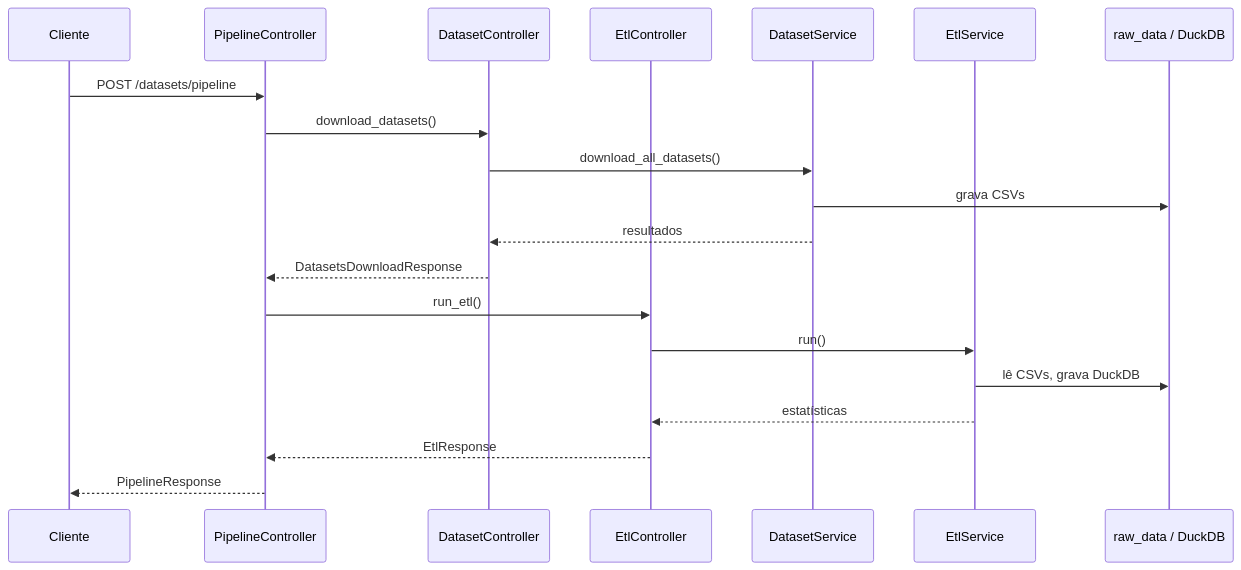
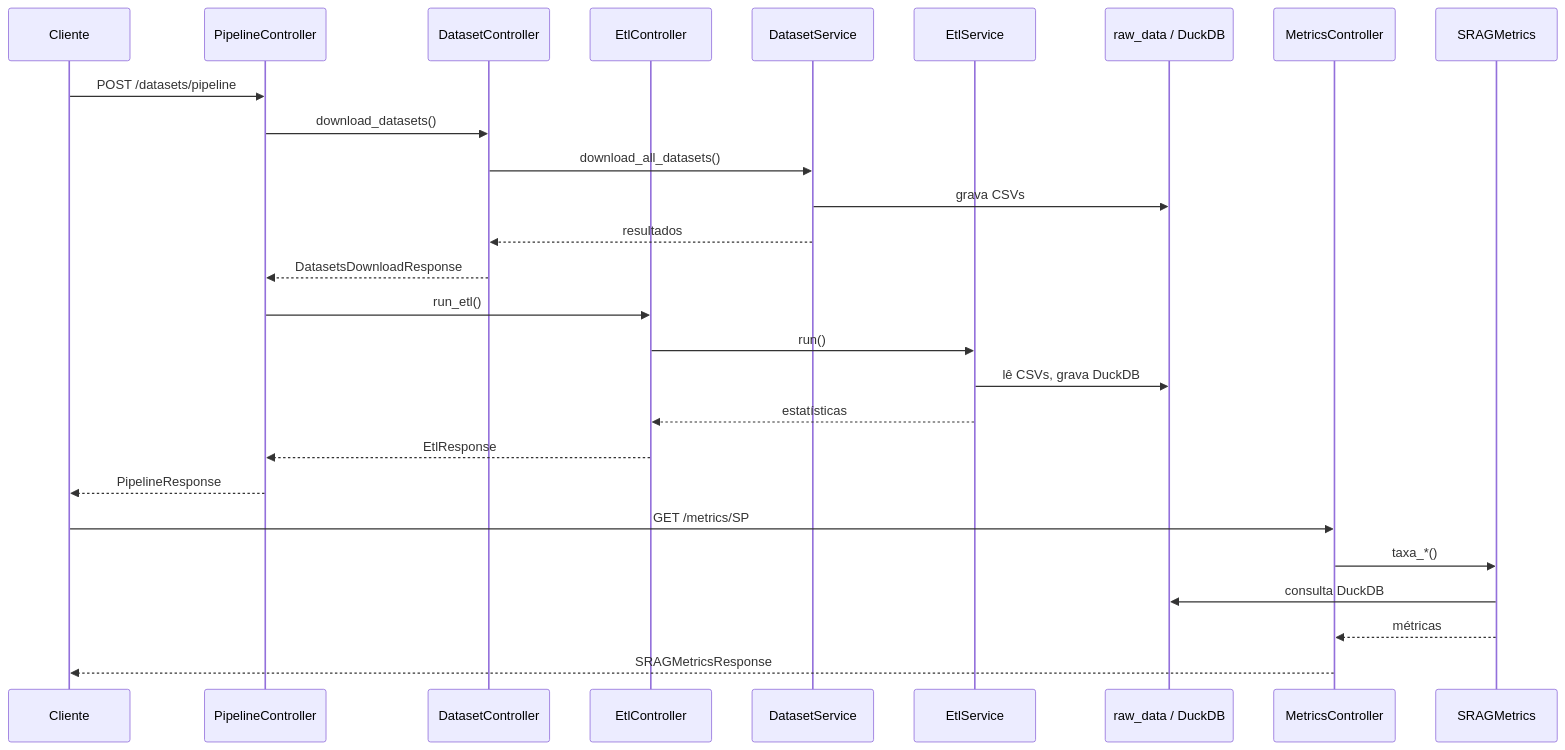
Before and after one commit to johnwsl/srag-data-health-agent-monitor: the second of 3 diagrams in docs/etl_pipeline.md, drawn with Mermaid. The commit also changed other lines of this file and 22 other files, not shown here.

````diff
--- a/docs/etl_pipeline.md
+++ b/docs/etl_pipeline.md
@@ -50,25 +53,33 @@
 ```mermaid
 sequenceDiagram
     participant Cliente
     participant PipelineController
     participant DatasetController
     participant EtlController
     participant DatasetService
     participant EtlService
     participant Disco as raw_data / DuckDB
+    participant MetricsController
+    participant SRAGMetrics
 
     Cliente->>PipelineController: POST /datasets/pipeline
     PipelineController->>DatasetController: download_datasets()
     DatasetController->>DatasetService: download_all_datasets()
     DatasetService->>Disco: grava CSVs
     DatasetService-->>DatasetController: resultados
     DatasetController-->>PipelineController: DatasetsDownloadResponse
 
     PipelineController->>EtlController: run_etl()
     EtlController->>EtlService: run()
     EtlService->>Disco: lê CSVs, grava DuckDB
     EtlService-->>EtlController: estatísticas
     EtlController-->>PipelineController: EtlResponse
 
     PipelineController-->>Cliente: PipelineResponse
+
+    Cliente->>MetricsController: GET /metrics/SP
+    MetricsController->>SRAGMetrics: taxa_*()
+    SRAGMetrics->>Disco: consulta DuckDB
+    SRAGMetrics-->>MetricsController: métricas
+    MetricsController-->>Cliente: SRAGMetricsResponse
 ```
````
